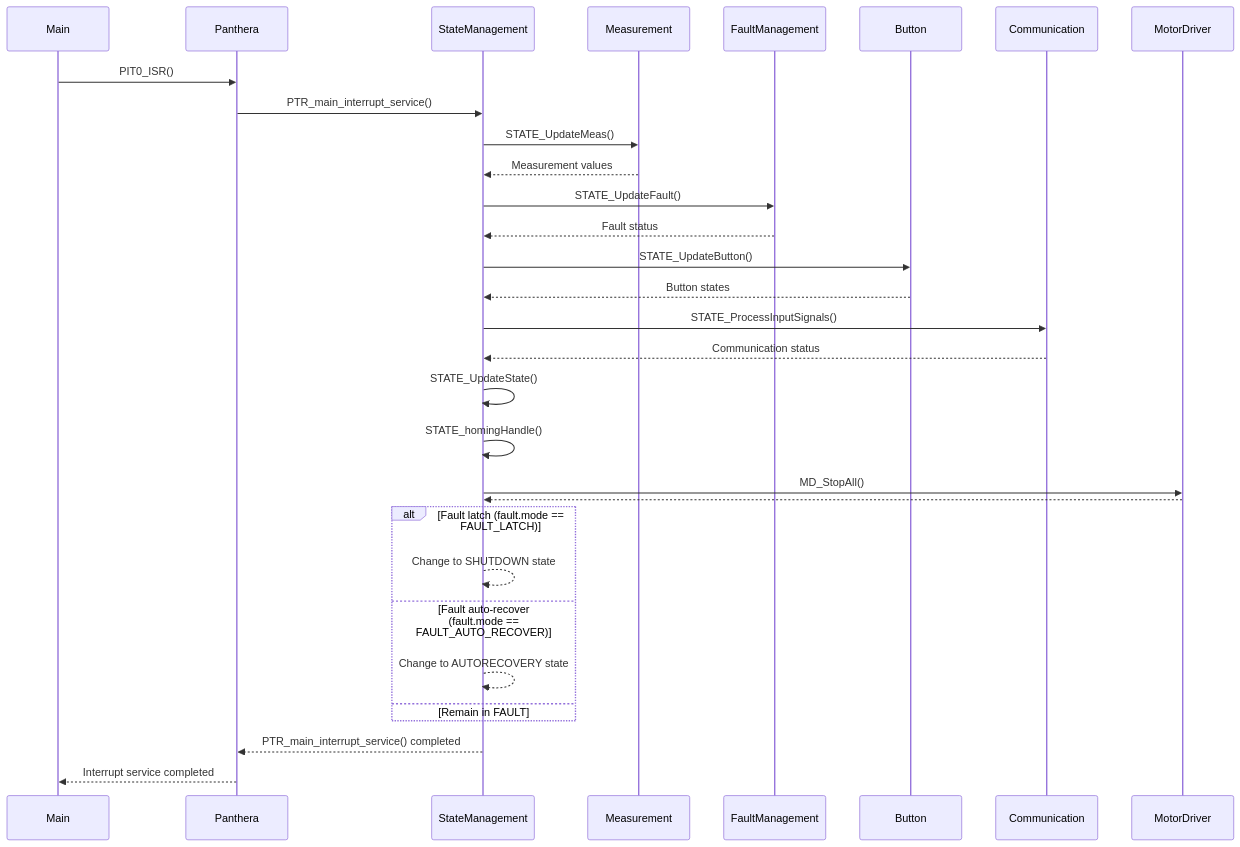
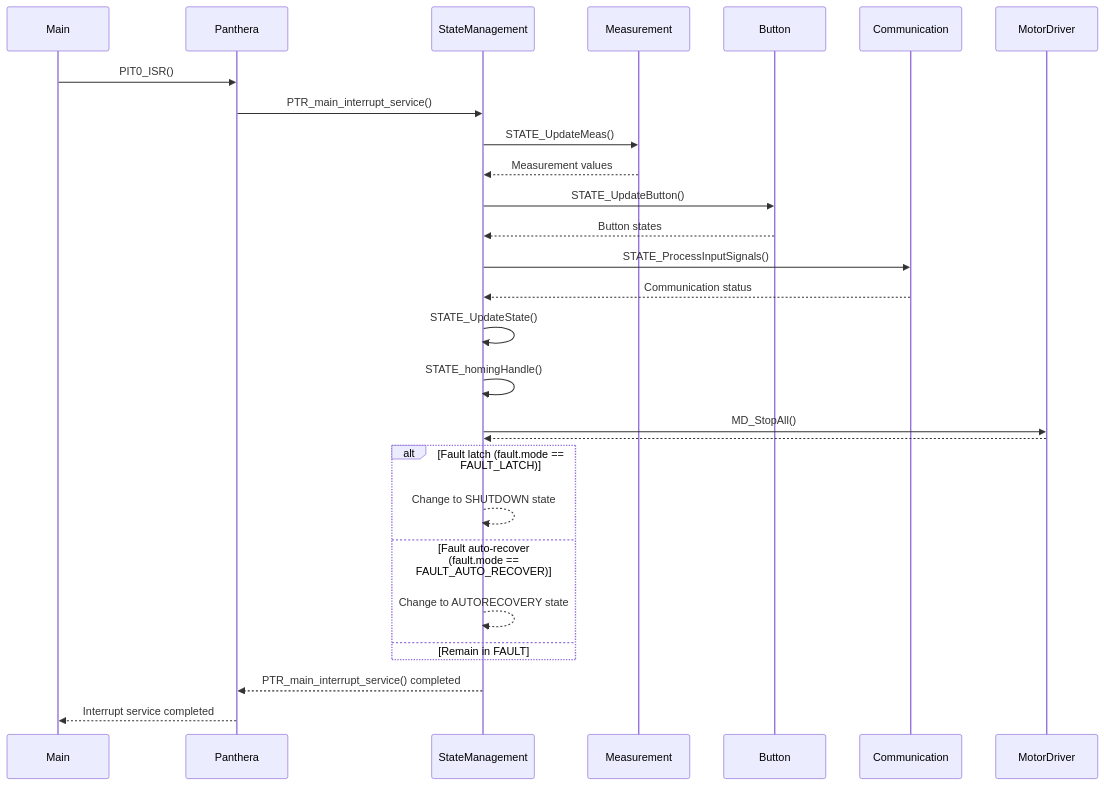
The diagram in Document/DetailState/State_Fault.md (lab-vncommic/PantheraProject), drawn with Mermaid before and after one commit. The commit also changed 7 other files, not shown here.

````diff
--- a/Document/DetailState/State_Fault.md
+++ b/Document/DetailState/State_Fault.md
@@ -1,42 +1,38 @@
 ```mermaid
 sequenceDiagram
     participant Main as Main
     participant App as Panthera
     participant State as StateManagement
     participant Meas as Measurement
-    participant Fault as FaultManagement
     participant Btn as Button
     participant Comm as Communication
     participant Motor as MotorDriver
 
     Main->>App: PIT0_ISR()
     App->>State: PTR_main_interrupt_service()
     State->>Meas: STATE_UpdateMeas()
     Meas-->>State: Measurement values
-
-    State->>Fault: STATE_UpdateFault()
-    Fault-->>State: Fault status
 
     State->>Btn: STATE_UpdateButton()
     Btn-->>State: Button states
 
     State->>Comm: STATE_ProcessInputSignals()
     Comm-->>State: Communication status
 
     State->>State: STATE_UpdateState()
     State->>State: STATE_homingHandle()
 
     %% FAULT state logic
     State->>Motor: MD_StopAll()
     Motor-->>State:
 
     alt Fault latch (fault.mode == FAULT_LATCH)
         State-->>State: Change to SHUTDOWN state
     else Fault auto-recover (fault.mode == FAULT_AUTO_RECOVER)
         State-->>State: Change to AUTORECOVERY state
     else Remain in FAULT
     end
 
     State-->>App: PTR_main_interrupt_service() completed
     App-->>Main: Interrupt service completed
 ```
````
